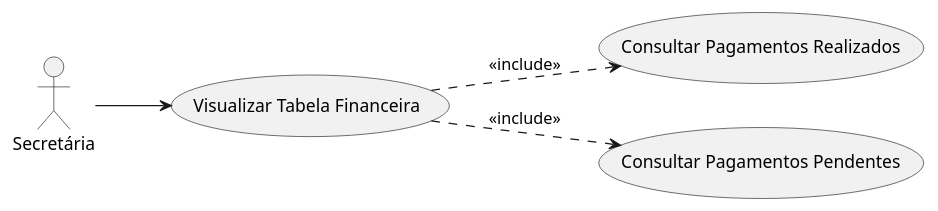
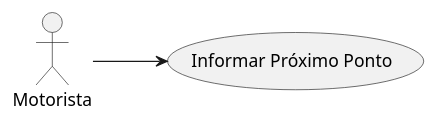
The diagram in casos_uso/caso_07_diagrama.puml (viniciusdias2902/modelagem_uml), drawn with PlantUML before and after one commit. The commit also changed 117 other files, not shown here.

Commit message:
Atualização dos diagramas

```diff
--- a/casos_uso/caso_07_diagrama.puml
+++ b/casos_uso/caso_07_diagrama.puml
@@ -1,15 +1,10 @@
 @startuml
 left to right direction
 
-actor Secretaria as "Secretária"
+actor Motorista
 
-usecase "Visualizar Tabela Financeira" as UC7
-usecase "Consultar Pagamentos Realizados" as UC7a
-usecase "Consultar Pagamentos Pendentes" as UC7b
+usecase "Informar Próximo Ponto" as UC06
 
-UC7 ..> UC7a : <<include>>
-UC7 ..> UC7b : <<include>>
-
-Secretaria --> UC7
+Motorista --> UC06
 
 @enduml
```
